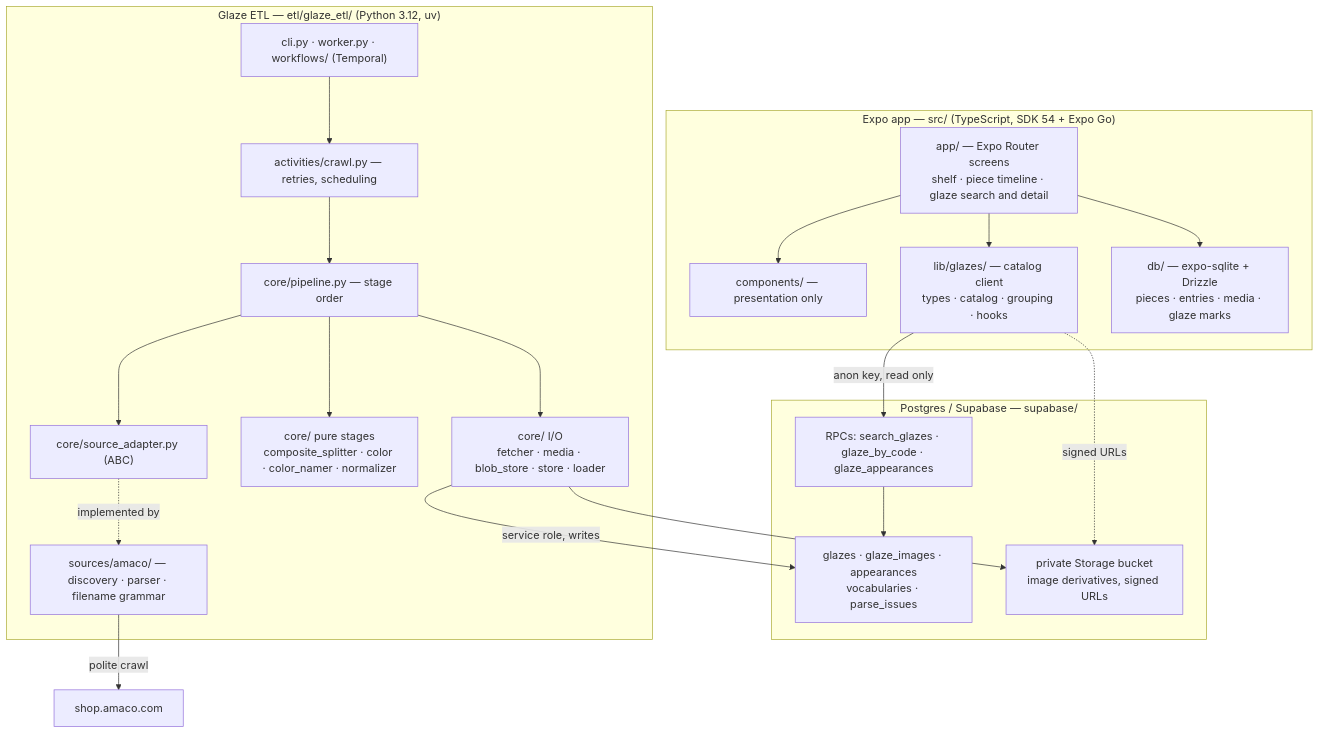
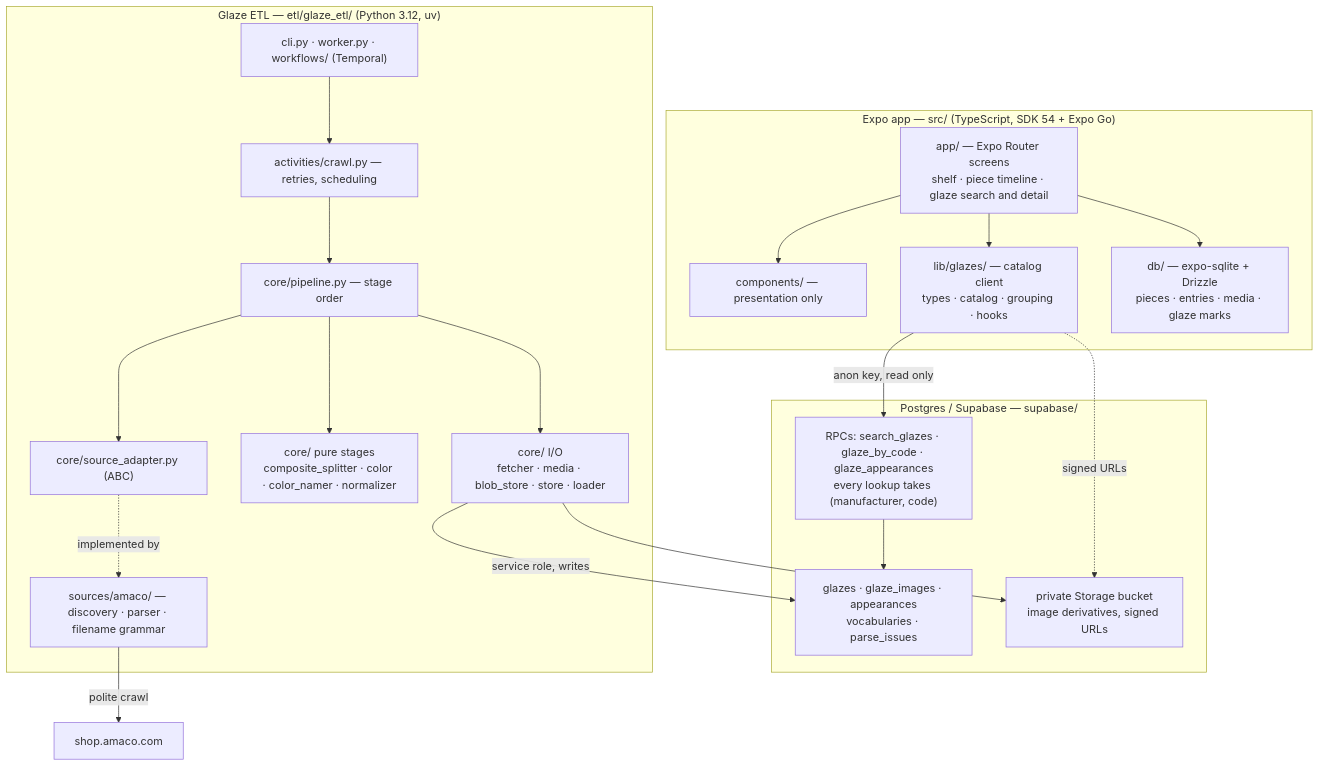
One commit to nickscip/mudbud changed the diagram in docs/ARCHITECTURE.md. Above: the diagram before and after it, drawn with Mermaid. The commit also changed other lines of this file and 18 other files, not shown here.

````diff
--- a/docs/ARCHITECTURE.md
+++ b/docs/ARCHITECTURE.md
@@ -7,40 +7,40 @@
 ```mermaid
 graph TD
   subgraph app["Expo app — src/ (TypeScript, SDK 54 + Expo Go)"]
     screens["app/ — Expo Router screens<br/>shelf · piece timeline · glaze search and detail"]
     components["components/ — presentation only"]
     glazes["lib/glazes/ — catalog client<br/>types · catalog · grouping · hooks"]
     localdb["db/ — expo-sqlite + Drizzle<br/>pieces · entries · media · glaze marks"]
     screens --> components
     screens --> glazes
     screens --> localdb
   end
 
   subgraph pg["Postgres / Supabase — supabase/"]
-    rpc["RPCs: search_glazes · glaze_by_code · glaze_appearances"]
+    rpc["RPCs: search_glazes · glaze_by_code · glaze_appearances<br/>every lookup takes (manufacturer, code)"]
     tables["glazes · glaze_images · appearances<br/>vocabularies · parse_issues"]
     bucket["private Storage bucket<br/>image derivatives, signed URLs"]
     rpc --> tables
   end
 
   subgraph etl["Glaze ETL — etl/glaze_etl/ (Python 3.12, uv)"]
     entry["cli.py · worker.py · workflows/ (Temporal)"]
     activities["activities/crawl.py — retries, scheduling"]
     pipeline["core/pipeline.py — stage order"]
     adapter["core/source_adapter.py (ABC)"]
     amaco["sources/amaco/ — discovery · parser · filename grammar"]
     pure["core/ pure stages<br/>composite_splitter · color · color_namer · normalizer"]
     io["core/ I/O<br/>fetcher · media · blob_store · store · loader"]
     entry --> activities --> pipeline
     pipeline --> adapter
     adapter -. implemented by .-> amaco
     pipeline --> pure
     pipeline --> io
   end
 
   glazes -->|"anon key, read only"| rpc
   io -->|"service role, writes"| tables
   io --> bucket
   glazes -.->|"signed URLs"| bucket
   amaco -->|"polite crawl"| amacoweb["shop.amaco.com"]
 ```
````
